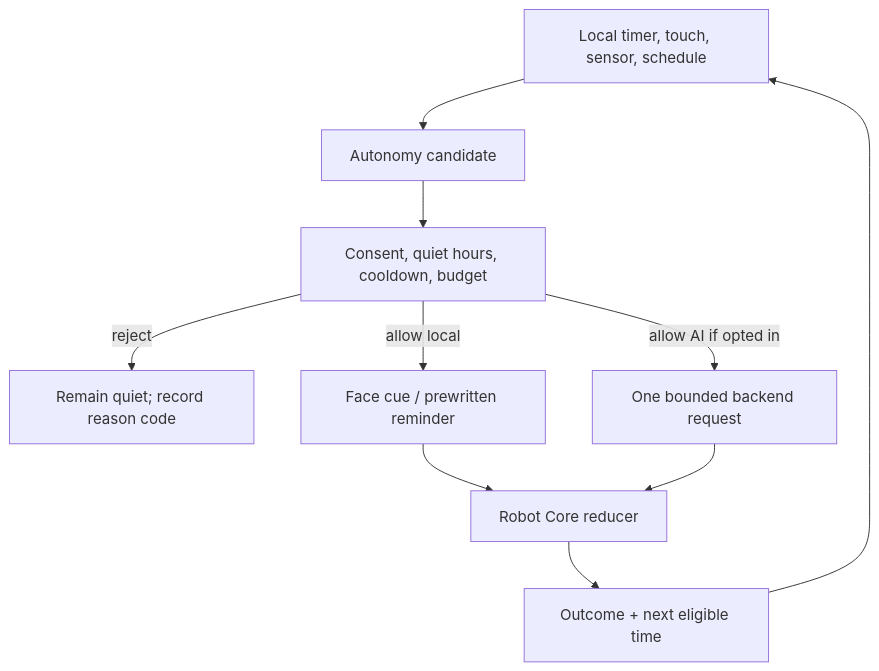
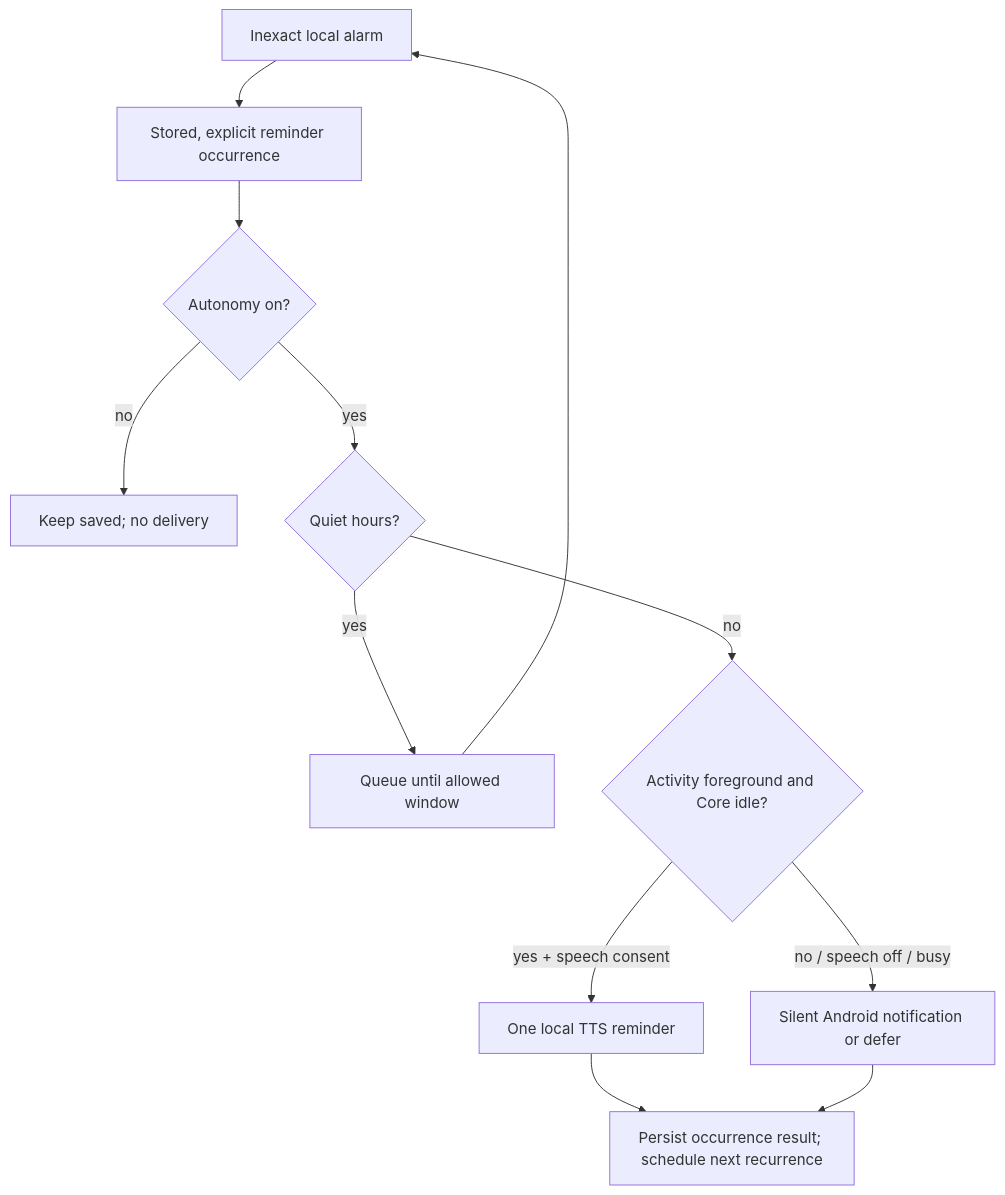
The sixth of 8 diagrams in docs/ROBOT_ARCHITECTURE.md (ahmetfsyn/mobile-assistant), drawn with Mermaid before and after one commit. The commit also changed other lines of this file and 20 other files, not shown here.

````diff
--- a/docs/ROBOT_ARCHITECTURE.md
+++ b/docs/ROBOT_ARCHITECTURE.md
@@ -170,12 +170,14 @@
 ```mermaid
 flowchart TD
-  Event["Local timer, touch, sensor, schedule"] --> Candidate["Autonomy candidate"]
-  Candidate --> Gate["Consent, quiet hours, cooldown, budget"]
-  Gate -->|"reject"| Silent["Remain quiet; record reason code"]
-  Gate -->|"allow local"| LocalAction["Face cue / prewritten reminder"]
-  Gate -->|"allow AI if opted in"| AIRequest["One bounded backend request"]
-  LocalAction --> State["Robot Core reducer"]
-  AIRequest --> State
-  State --> Feedback["Outcome + next eligible time"]
-  Feedback --> Event
+  Alarm["Inexact local alarm"] --> Eligible["Stored, explicit reminder occurrence"]
+  Eligible --> Consent{"Autonomy on?"}
+  Consent -->|"no"| Hold["Keep saved; no delivery"]
+  Consent -->|"yes"| Quiet{"Quiet hours?"}
+  Quiet -->|"yes"| Defer["Queue until allowed window"]
+  Quiet -->|"no"| Foreground{"Activity foreground and Core idle?"}
+  Foreground -->|"yes + speech consent"| Speak["One local TTS reminder"]
+  Foreground -->|"no / speech off / busy"| Notify["Silent Android notification or defer"]
+  Speak --> Done["Persist occurrence result; schedule next recurrence"]
+  Notify --> Done
+  Defer --> Alarm
 ```
````
